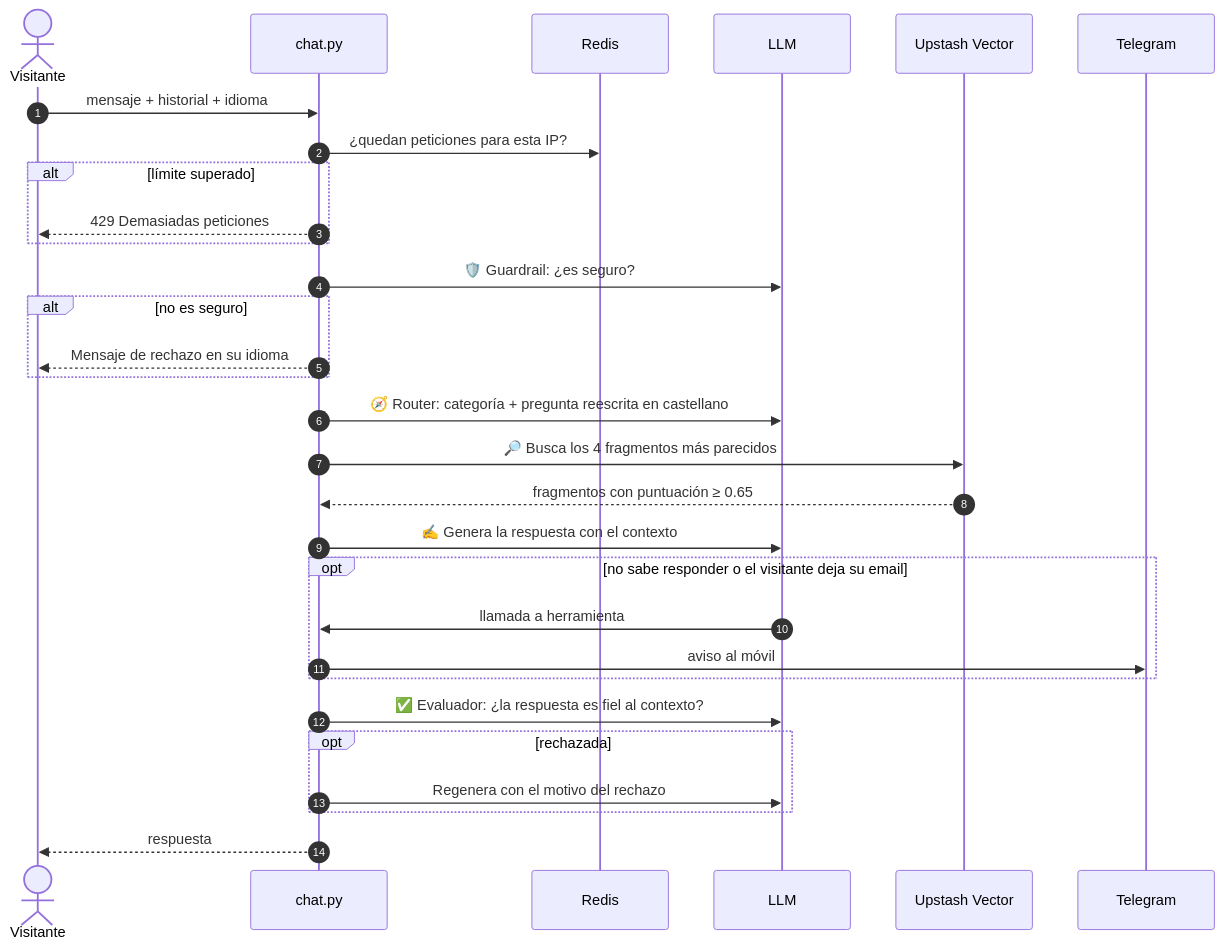
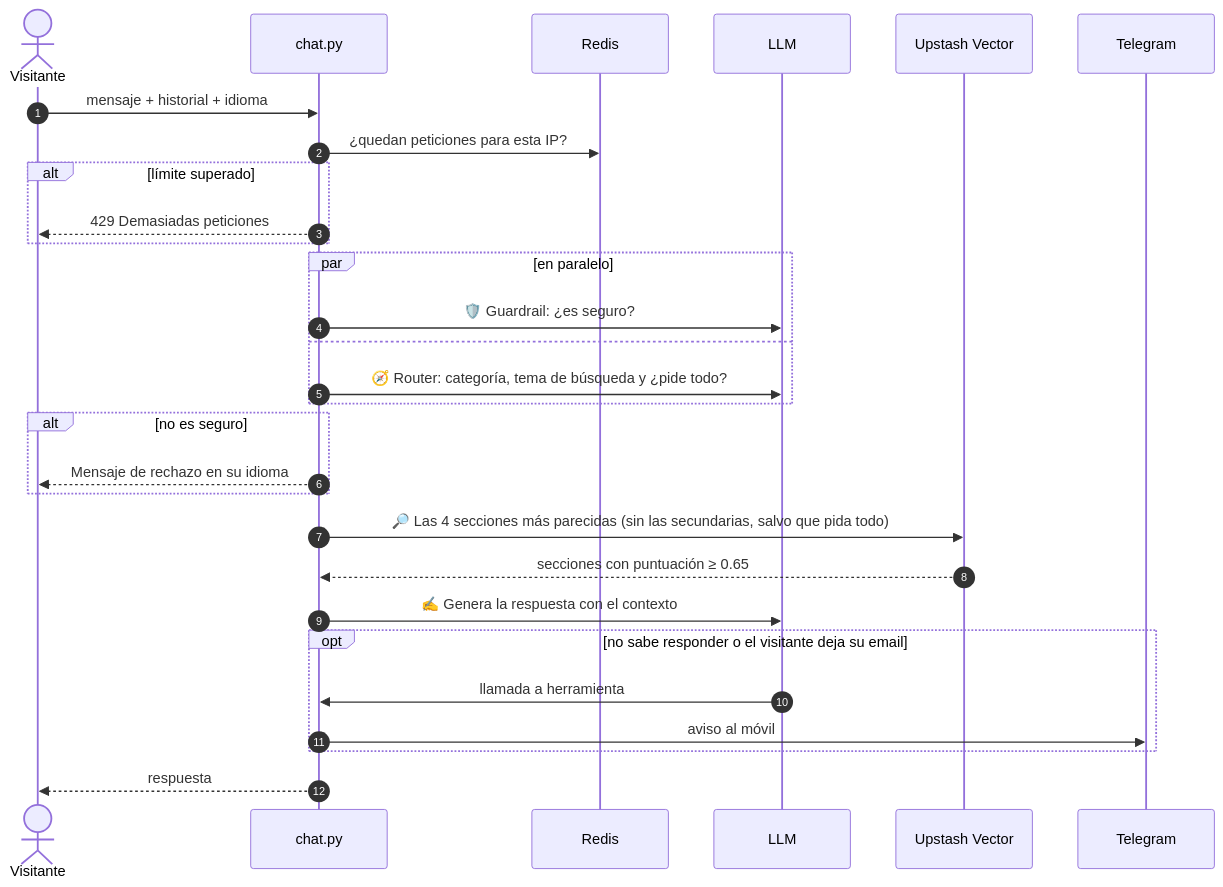
The second of 3 diagrams in README.md (JorgePR91/portfolio-rag-chatbot), drawn with Mermaid before and after one commit. The commit also changed other lines of this file, not shown here.

First line of the commit message:
docs: README con evaluación, resultados y decisiones de diseño

````diff
--- a/README.md
+++ b/README.md
@@ -94,33 +95,32 @@
 ```mermaid
 sequenceDiagram
     autonumber
     actor V as Visitante
     participant C as chat.py
     participant R as Redis
     participant L as LLM
     participant DB as Upstash Vector
     participant T as Telegram
 
     V->>C: mensaje + historial + idioma
     C->>R: ¿quedan peticiones para esta IP?
     alt límite superado
         C-->>V: 429 Demasiadas peticiones
     end
-    C->>L: 🛡️ Guardrail: ¿es seguro?
+    par en paralelo
+        C->>L: 🛡️ Guardrail: ¿es seguro?
+    and
+        C->>L: 🧭 Router: categoría, tema de búsqueda y ¿pide todo?
+    end
     alt no es seguro
         C-->>V: Mensaje de rechazo en su idioma
     end
-    C->>L: 🧭 Router: categoría + pregunta reescrita en castellano
-    C->>DB: 🔎 Busca los 4 fragmentos más parecidos
-    DB-->>C: fragmentos con puntuación ≥ 0.65
+    C->>DB: 🔎 Las 4 secciones más parecidas (sin las secundarias, salvo que pida todo)
+    DB-->>C: secciones con puntuación ≥ 0.65
     C->>L: ✍️ Genera la respuesta con el contexto
     opt no sabe responder o el visitante deja su email
         L->>C: llamada a herramienta
         C->>T: aviso al móvil
     end
-    C->>L: ✅ Evaluador: ¿la respuesta es fiel al contexto?
-    opt rechazada
-        C->>L: Regenera con el motivo del rechazo
-    end
     C-->>V: respuesta
 ```
````
